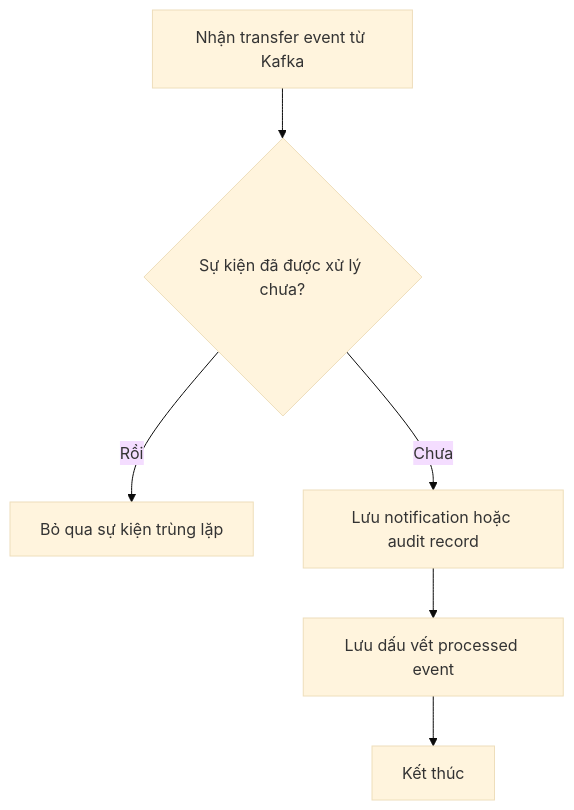
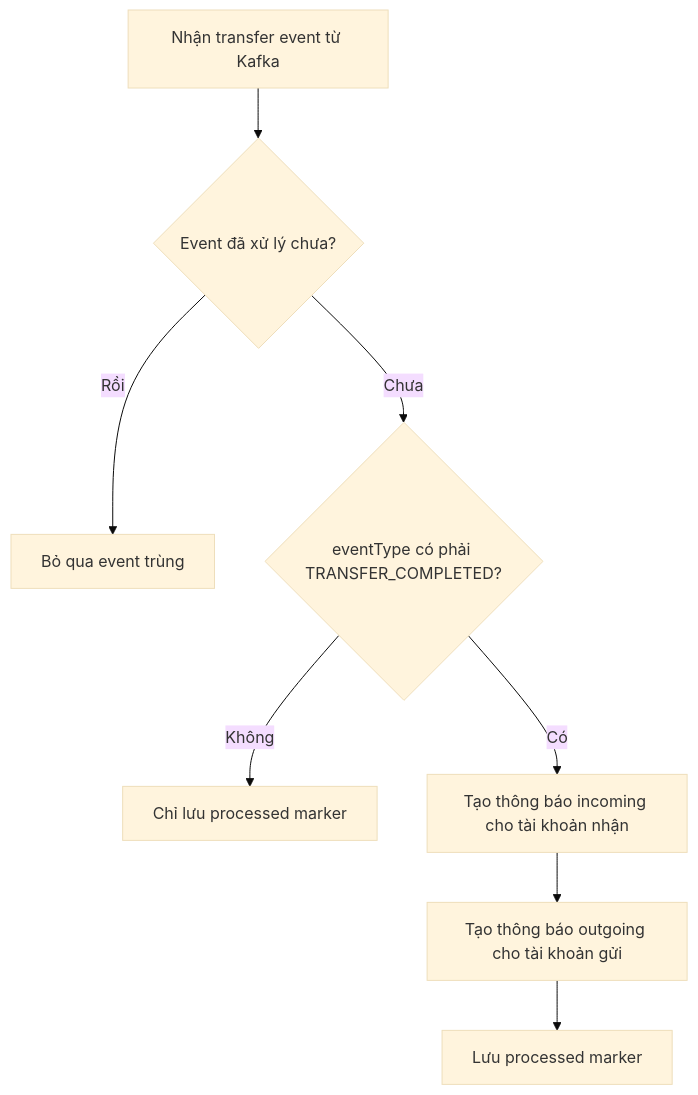
One commit to HungDung2012/mini-banking-transfer-system changed the fifth of 5 diagrams in docs/analysis-and-design-ddd.md. Above: the diagram before and after it, drawn with Mermaid (base theme). The commit also changed other lines of this file and 3 other files, not shown here.

````diff
--- a/docs/analysis-and-design-ddd.md
+++ b/docs/analysis-and-design-ddd.md
@@ -227,8 +271,10 @@
 ```mermaid
 flowchart TD
-    A[Nhận transfer event từ Kafka] --> B{Sự kiện đã được xử lý chưa?}
-    B -->|Rồi| C[Bỏ qua sự kiện trùng lặp]
-    B -->|Chưa| D[Lưu notification hoặc audit record]
-    D --> E[Lưu dấu vết processed event]
-    E --> F[Kết thúc]
+    A[Nhận transfer event từ Kafka] --> B{Event đã xử lý chưa?}
+    B -->|Rồi| C[Bỏ qua event trùng]
+    B -->|Chưa| D{eventType có phải TRANSFER_COMPLETED?}
+    D -->|Không| E[Chỉ lưu processed marker]
+    D -->|Có| F[Tạo thông báo incoming cho tài khoản nhận]
+    F --> G[Tạo thông báo outgoing cho tài khoản gửi]
+    G --> H[Lưu processed marker]
 ```
````
